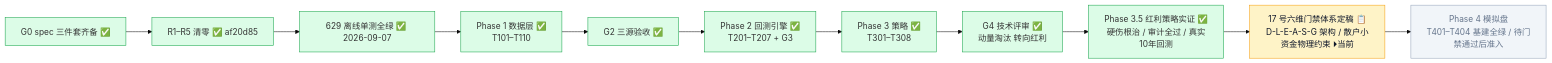
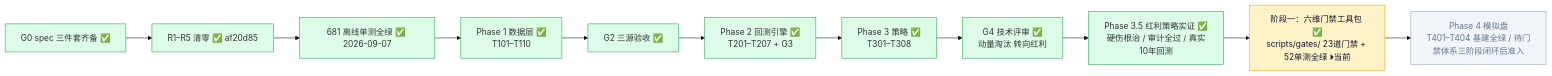
Before and after one commit to YZml1507/FinAI2.0: the second of 6 diagrams in docs/project_status_flowchart.md, drawn with Mermaid (base theme). The commit also changed other lines of this file and 1 other file, not shown here.

Commit message:
docs: update flowchart to reflect Phase 1 gate suite completion and 681 passed baseline

````diff
--- a/docs/project_status_flowchart.md
+++ b/docs/project_status_flowchart.md
@@ -29,23 +29,23 @@
 ```mermaid
 flowchart LR
-  G0["G0 spec 三件套齐备 ✅"] --> R15["R1–R5 清零 ✅ af20d85"] --> UT["629 离线单测全绿 ✅ 2026-09-07"]
+  G0["G0 spec 三件套齐备 ✅"] --> R15["R1–R5 清零 ✅ af20d85"] --> UT["681 离线单测全绿 ✅ 2026-09-07"]
   UT --> P1["Phase 1 数据层 ✅<br/>T101–T110"]
   P1 --> G2["G2 三源验收 ✅"]
   G2 --> P2["Phase 2 回测引擎 ✅<br/>T201–T207 + G3"]
   P2 --> P3["Phase 3 策略 ✅<br/>T301–T308"]
   P3 --> G4["G4 技术评审 ✅<br/>动量淘汰 转向红利"]
   G4 --> P35["Phase 3.5 红利策略实证 ✅<br/>硬伤根治 / 审计全过 / 真实10年回测"]
-  P35 --> G_AUDIT["17 号六维门禁体系定稿 📋<br/>D-L-E-A-S-G 架构 / 散户小资金物理约束 ⏵当前"]
-  G_AUDIT --> P4["Phase 4 模拟盘<br/>T401–T404 基建全绿 / 待门禁通过后准入"]
+  P35 --> G_AUDIT["阶段一：六维门禁工具包 ✅<br/>scripts/gates/ 23道门禁 + 52单测全绿 ⏵当前"]
+  G_AUDIT --> P4["Phase 4 模拟盘<br/>T401–T404 基建全绿 / 待门禁体系三阶段闭环后准入"]
   style G0 fill:#dcfce7,stroke:#16a34a
   style R15 fill:#dcfce7,stroke:#16a34a
   style UT fill:#dcfce7,stroke:#16a34a
   style P1 fill:#dcfce7,stroke:#16a34a
   style G2 fill:#dcfce7,stroke:#16a34a
   style P2 fill:#dcfce7,stroke:#16a34a
   style P3 fill:#dcfce7,stroke:#16a34a
   style G4 fill:#dcfce7,stroke:#16a34a
   style P35 fill:#dcfce7,stroke:#16a34a
   style G_AUDIT fill:#fef3c7,stroke:#f59e0b,color:#0f172a
   style P4 fill:#f1f5f9,stroke:#94a3b8,color:#64748b
 ```
````
